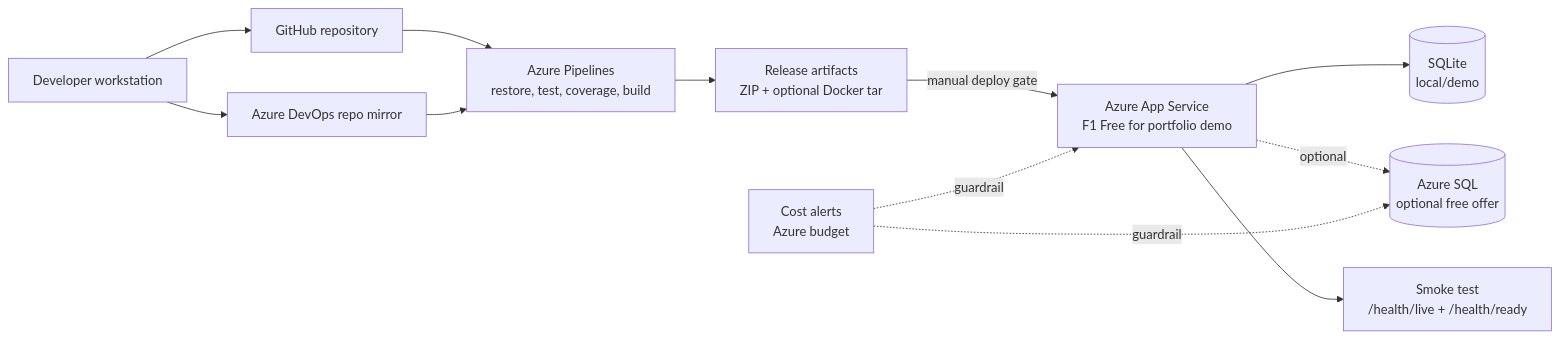
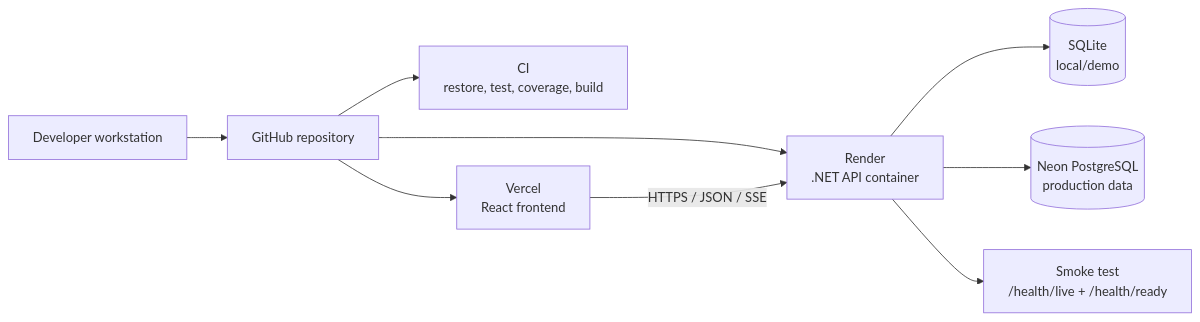
One commit to bhoyee/TodoApp changed the diagram in docs/OPERATIONS.md. Above: the diagram before and after it, drawn with Mermaid. The commit also changed other lines of this file and 6 other files, not shown here.

Commit message:
docs: add vercel render neon deployment path

````diff
--- a/docs/OPERATIONS.md
+++ b/docs/OPERATIONS.md
@@ -21,25 +22,20 @@
 ```mermaid
 flowchart LR
     Dev["Developer workstation"]
     GitHub["GitHub repository"]
-    AzureRepos["Azure DevOps repo mirror"]
-    Pipeline["Azure Pipelines<br/>restore, test, coverage, build"]
-    Artifacts["Release artifacts<br/>ZIP + optional Docker tar"]
-    AppService["Azure App Service<br/>F1 Free for portfolio demo"]
+    CI["CI<br/>restore, test, coverage, build"]
+    Vercel["Vercel<br/>React frontend"]
+    Render["Render<br/>.NET API container"]
     Sqlite[("SQLite<br/>local/demo")]
-    AzureSql[("Azure SQL<br/>optional free offer")]
+    Neon[("Neon PostgreSQL<br/>production data")]
     Smoke["Smoke test<br/>/health/live + /health/ready"]
-    Alerts["Cost alerts<br/>Azure budget"]
 
     Dev --> GitHub
-    Dev --> AzureRepos
-    GitHub --> Pipeline
-    AzureRepos --> Pipeline
-    Pipeline --> Artifacts
-    Artifacts -->|manual deploy gate| AppService
-    AppService --> Sqlite
-    AppService -. optional .-> AzureSql
-    AppService --> Smoke
-    Alerts -. guardrail .-> AppService
-    Alerts -. guardrail .-> AzureSql
+    GitHub --> CI
+    GitHub --> Vercel
+    GitHub --> Render
+    Vercel -->|HTTPS / JSON / SSE| Render
+    Render --> Sqlite
+    Render --> Neon
+    Render --> Smoke
 ```
````
